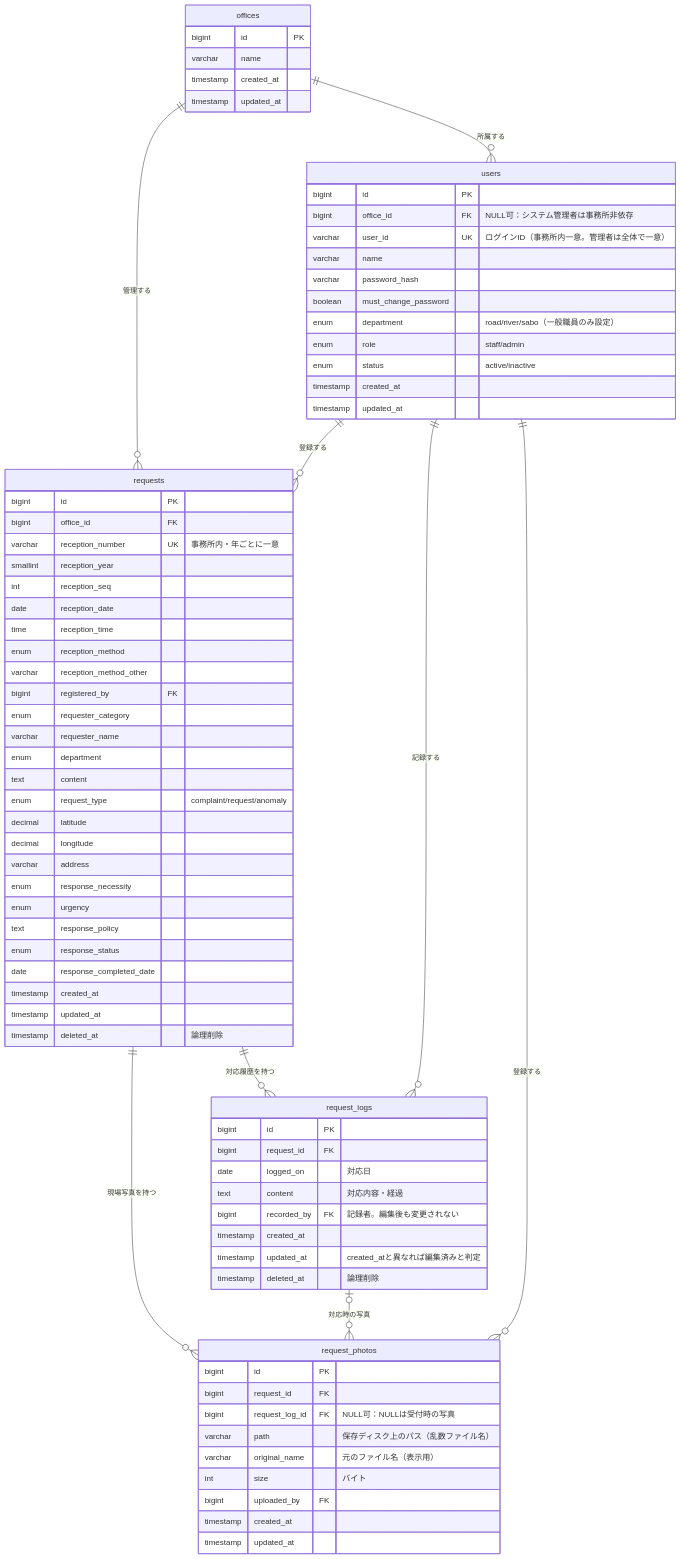
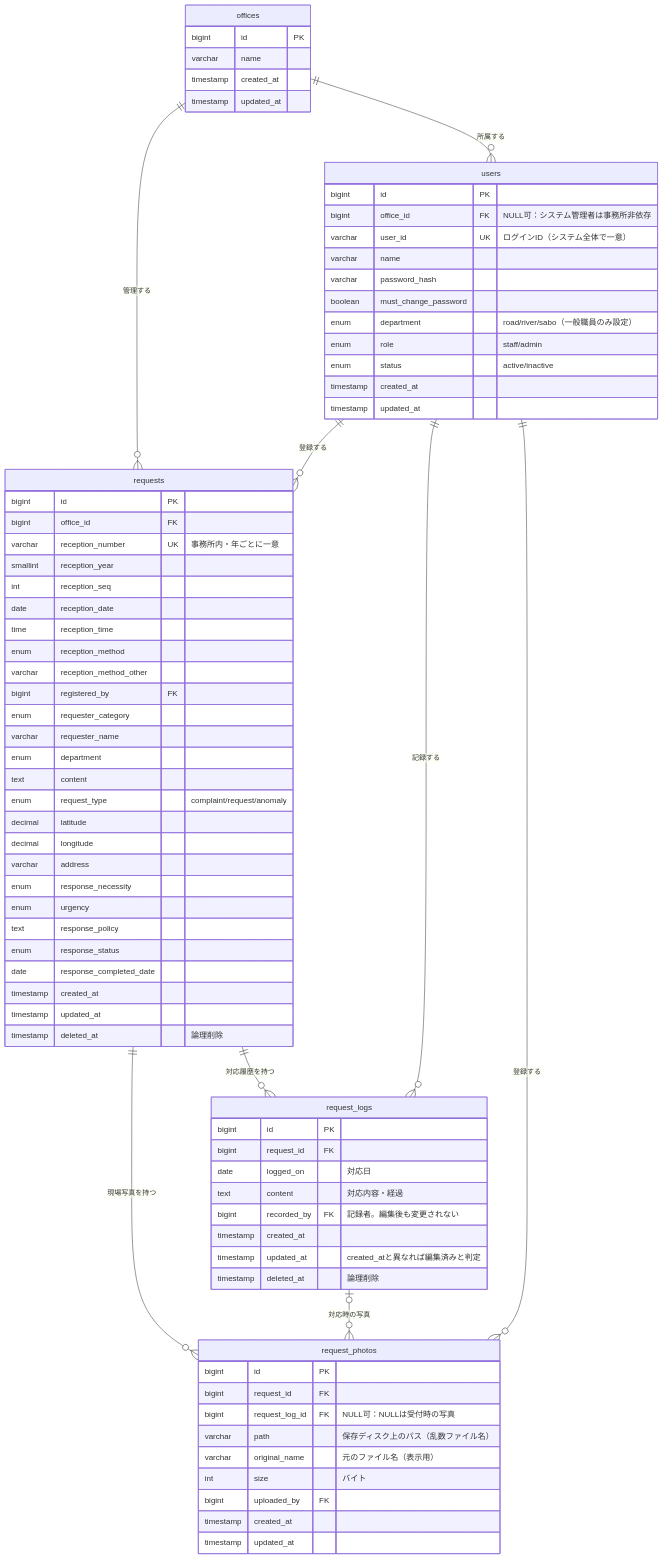
Before and after one commit to tomo-taka108/Civil-Request-Management: the diagram in docs/database-design.md, drawn with Mermaid. The commit also changed other lines of this file and 12 other files, not shown here.

```diff
--- a/docs/database-design.md
+++ b/docs/database-design.md
@@ -30,7 +30,7 @@
     users {
         bigint id PK
         bigint office_id FK "NULL可：システム管理者は事務所非依存"
-        varchar user_id UK "ログインID（事務所内一意。管理者は全体で一意）"
+        varchar user_id UK "ログインID（システム全体で一意）"
         varchar name
         varchar password_hash
         boolean must_change_password
```
